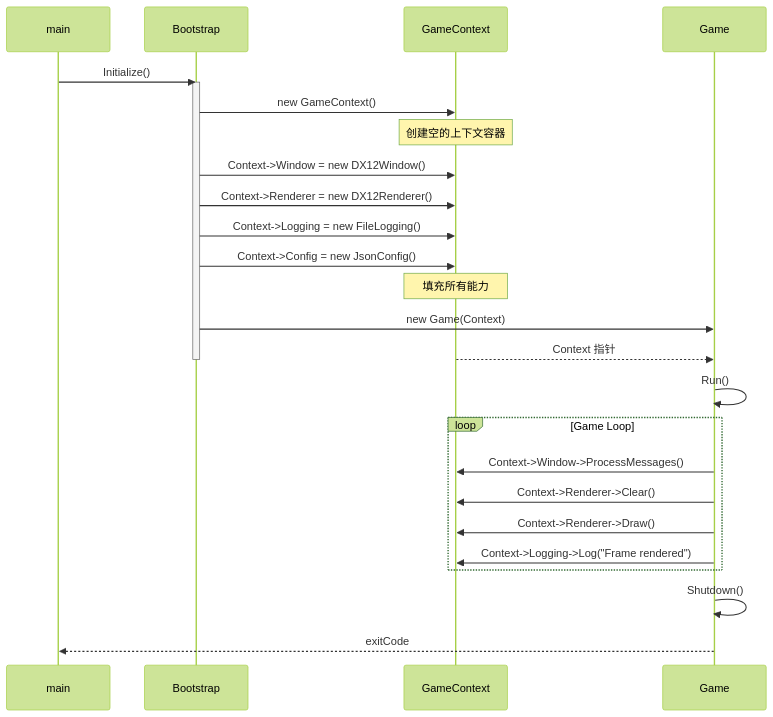
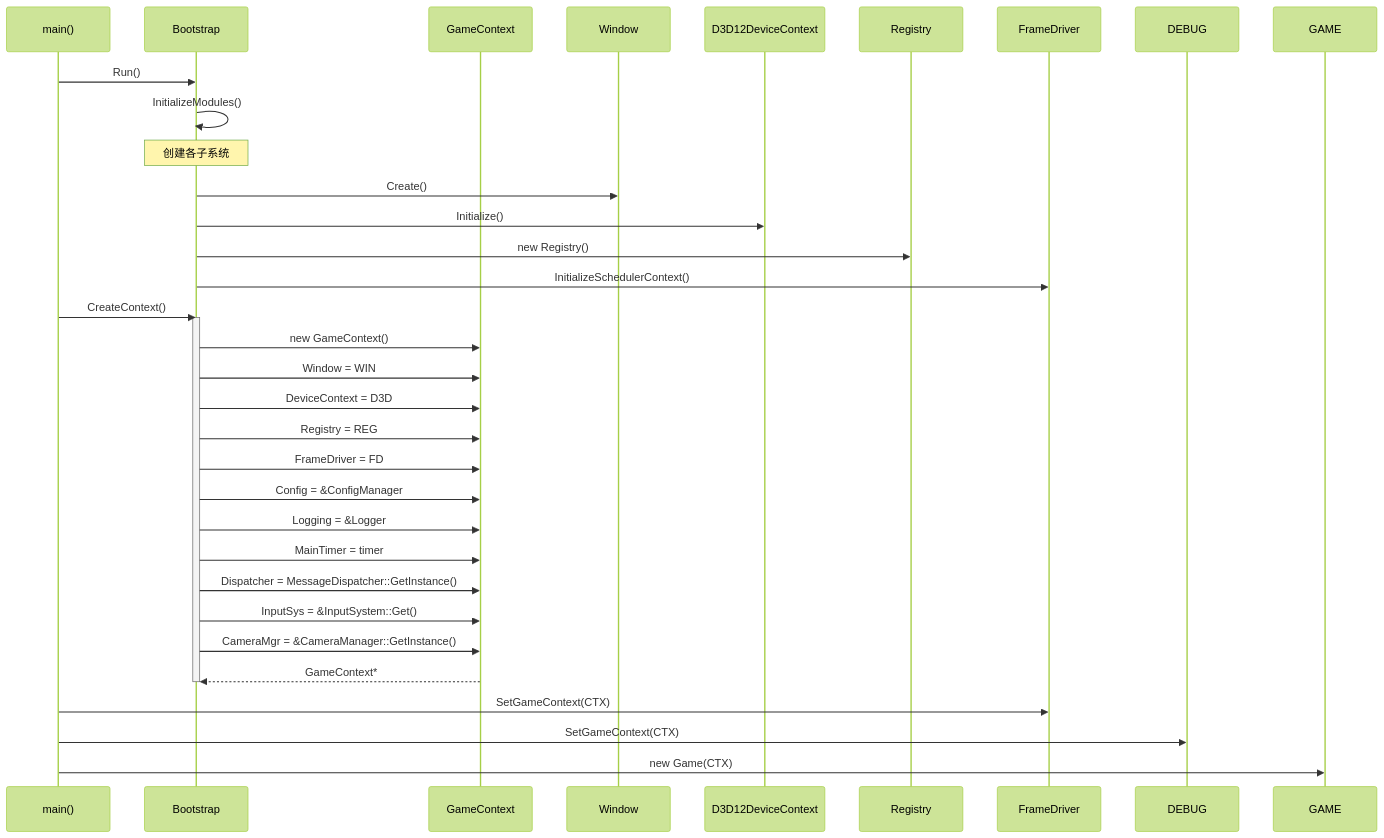
Before and after one commit to Gunxzq/blog: the third of 6 diagrams in src/posts/DX12Engine/Bootstrap/Context.md, drawn with Mermaid (forest theme). The commit also changed other lines of this file and 13 other files, not shown here.

````diff
--- a/src/posts/DX12Engine/Bootstrap/Context.md
+++ b/src/posts/DX12Engine/Bootstrap/Context.md
@@ -197,34 +243,42 @@
 ```mermaid
 sequenceDiagram
-    participant main
-    participant Bootstrap
-    participant Context as GameContext
-    participant Game
+    participant Main as main()
+    participant BS as Bootstrap
+    participant CTX as GameContext
+    participant WIN as Window
+    participant D3D as D3D12DeviceContext
+    participant REG as Registry
+    participant FD as FrameDriver
 
-    main->>Bootstrap: Initialize()
-    Activate Bootstrap
+    Main->>BS: Run()
+    BS->>BS: InitializeModules()
+    
+    Note over BS: 创建各子系统
+    BS->>WIN: Create()
+    BS->>D3D: Initialize()
+    BS->>REG: new Registry()
+    BS->>FD: InitializeSchedulerContext()
 
-    Bootstrap->>Context: new GameContext()
-    Note over Context: 创建空的上下文容器
+    Main->>BS: CreateContext()
+    activate BS
+    
+    BS->>CTX: new GameContext()
+    
+    BS->>CTX: Window = WIN
+    BS->>CTX: DeviceContext = D3D
+    BS->>CTX: Registry = REG
+    BS->>CTX: FrameDriver = FD
+    BS->>CTX: Config = &ConfigManager
+    BS->>CTX: Logging = &Logger
+    BS->>CTX: MainTimer = timer
+    BS->>CTX: Dispatcher = MessageDispatcher::GetInstance()
+    BS->>CTX: InputSys = &InputSystem::Get()
+    BS->>CTX: CameraMgr = &CameraManager::GetInstance()
+    
+    CTX-->>BS: GameContext*
+    deactivate BS
 
-    Bootstrap->>Context: Context->Window = new DX12Window()
-    Bootstrap->>Context: Context->Renderer = new DX12Renderer()
-    Bootstrap->>Context: Context->Logging = new FileLogging()
-    Bootstrap->>Context: Context->Config = new JsonConfig()
-    Note over Context: 填充所有能力
-
-    Bootstrap->>Game: new Game(Context)
-    Context-->>Game: Context 指针
-    Deactivate Bootstrap
-
-    Game->>Game: Run()
-    loop Game Loop
-        Game->>Context: Context->Window->ProcessMessages()
-        Game->>Context: Context->Renderer->Clear()
-        Game->>Context: Context->Renderer->Draw()
-        Game->>Context: Context->Logging->Log("Frame rendered")
-    end
-
-    Game->>Game: Shutdown()
-    Game-->>main: exitCode
+    Main->>FD: SetGameContext(CTX)
+    Main->>DEBUG: SetGameContext(CTX)
+    Main->>GAME: new Game(CTX)
 ```
````
